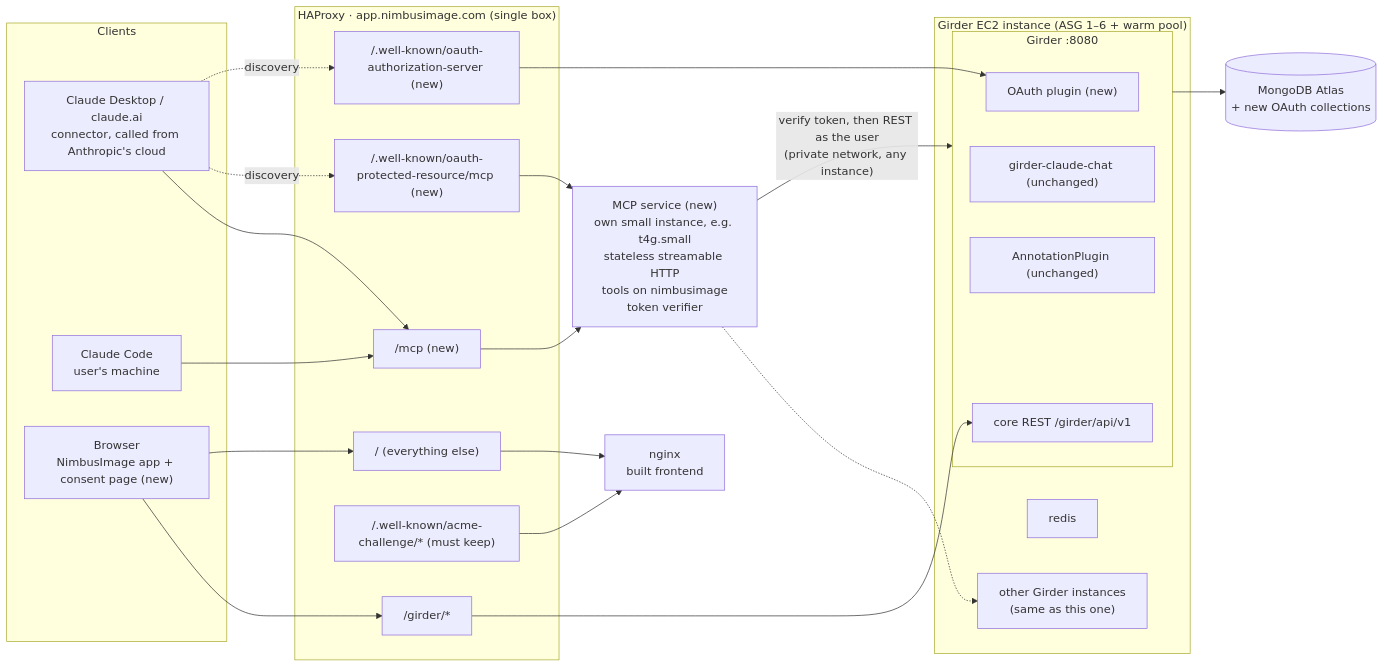
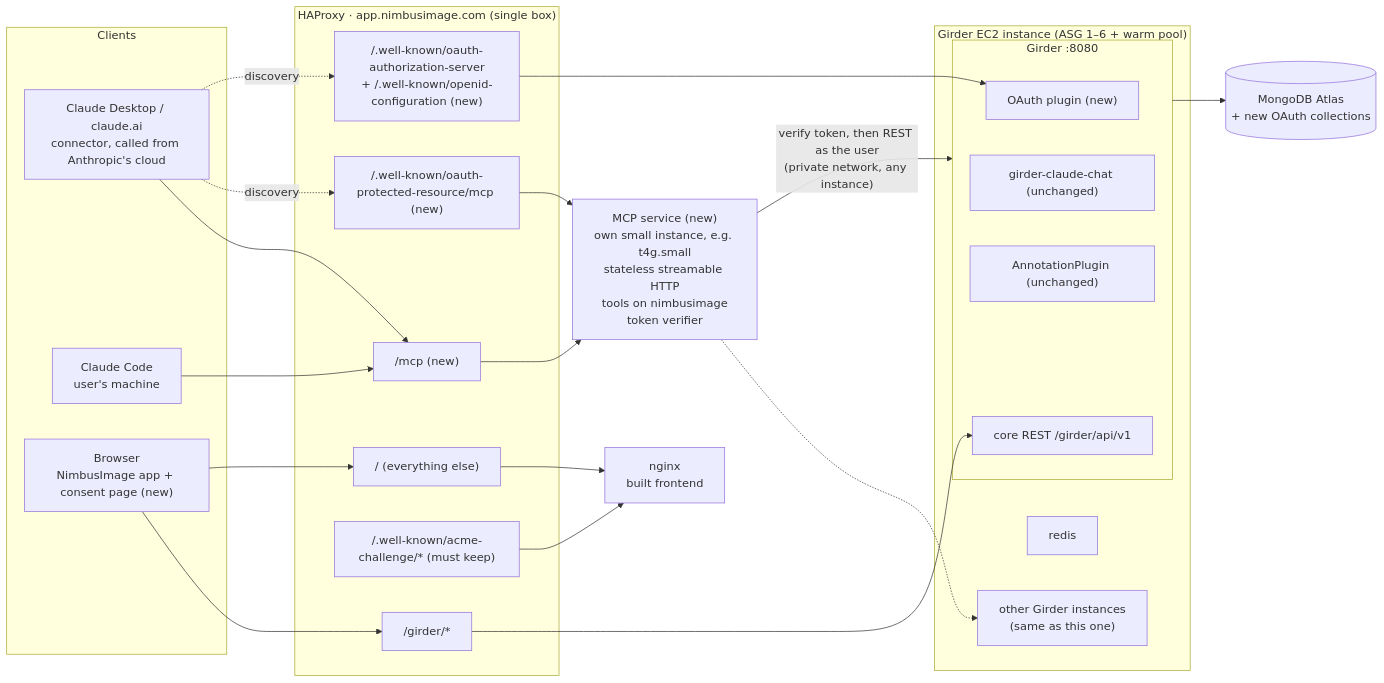
Before and after one commit to Kitware/UPennContrast: the first of 3 diagrams in codebaseDocumentation/NIMBUSIMAGE_MCP_SERVER.md, drawn with Mermaid. The commit also changed 2 other files, not shown here.

Commit message:
Phase 2 review: diagram route, drop unused ACL, nginx comment

````diff
--- a/codebaseDocumentation/NIMBUSIMAGE_MCP_SERVER.md
+++ b/codebaseDocumentation/NIMBUSIMAGE_MCP_SERVER.md
@@ -119,50 +119,50 @@
 ```mermaid
 flowchart LR
   subgraph clients[Clients]
     CD["Claude Desktop / claude.ai<br/>connector, called from Anthropic's cloud"]
     CC["Claude Code<br/>user's machine"]
     BR["Browser<br/>NimbusImage app + consent page (new)"]
   end
 
   subgraph hap["HAProxy · app.nimbusimage.com (single box)"]
     R1["/mcp (new)"]
     R2["/.well-known/oauth-protected-resource/mcp (new)"]
-    R3["/.well-known/oauth-authorization-server (new)"]
+    R3["/.well-known/oauth-authorization-server<br/>+ /.well-known/openid-configuration (new)"]
     R4["/girder/*"]
     R5["/.well-known/acme-challenge/* (must keep)"]
     R6["/ (everything else)"]
   end
 
   NG["nginx<br/>built frontend"]
 
   SC["MCP service (new)<br/>own small instance, e.g. t4g.small<br/>stateless streamable HTTP<br/>tools on nimbusimage<br/>token verifier"]
 
   subgraph inst["Girder EC2 instance (ASG 1–6 + warm pool)"]
     GIRDERS["other Girder instances<br/>(same as this one)"]
     subgraph gir["Girder :8080"]
       OA["OAuth plugin (new)"]
       CH["girder-claude-chat (unchanged)"]
       AP["AnnotationPlugin (unchanged)"]
       REST["core REST /girder/api/v1"]
     end
     RD["redis"]
   end
 
   DB[("MongoDB Atlas<br/>+ new OAuth collections")]
 
   CD --> R1
   CC --> R1
   CD -.discovery.-> R2
   CD -.discovery.-> R3
   BR --> R4
   BR --> R6
   R1 --> SC
   R2 --> SC
   R3 --> OA
   R4 --> REST
   R5 --> NG
   R6 --> NG
   SC -- "verify token, then REST as the user<br/>(private network, any instance)" --> gir
   SC -.-> GIRDERS
   gir --> DB
 ```
````
